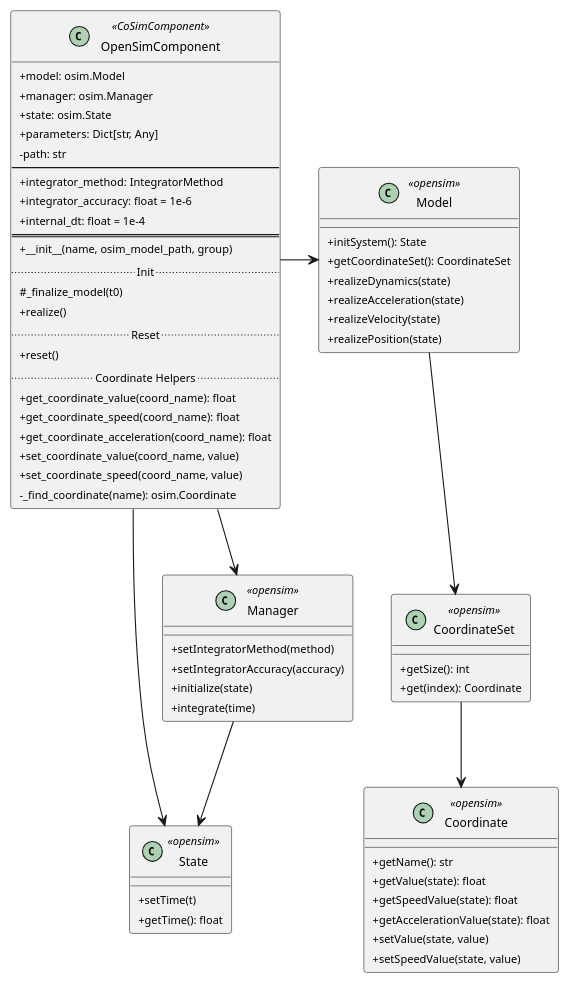
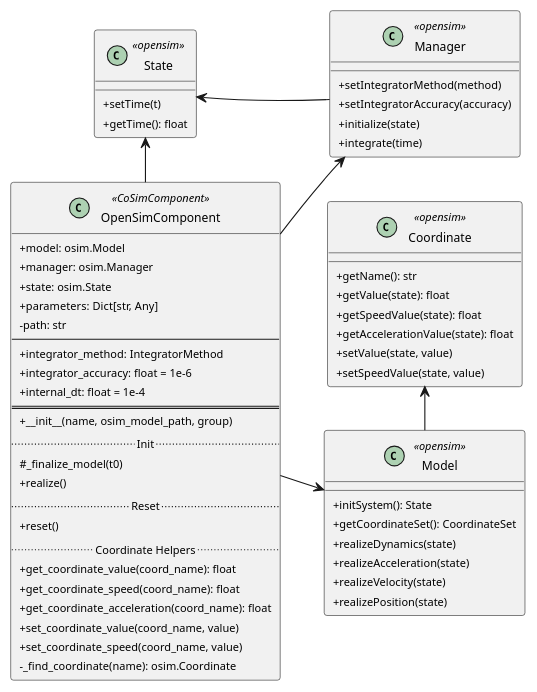
The diagram in docs/diagrams/src/class/components/opensim_comp.puml (FlorianFrech/SystemSimulation), drawn with PlantUML before and after one commit. The commit also changed 29 other files, not shown here.

Commit message:
Update Diagrams and Pendulum State Synchronization

```diff
--- a/docs/diagrams/src/class/components/opensim_comp.puml
+++ b/docs/diagrams/src/class/components/opensim_comp.puml
@@ -1,86 +1,94 @@
 @startuml OpenSimComponent
+
+' ============================================================================
+' STYLING
+' ============================================================================
 
 skinparam classAttributeIconSize 0
 skinparam padding 2
 skinparam defaultFontSize 10
 skinparam classFontSize 11
+skinparam nodesep 40
+skinparam ranksep 40
+
+' Color scheme - clean white background
+skinparam backgroundColor white
+
+' Remove yellow/red default colors
+skinparam shadowing false
+
+left to right direction
 
 ' ============================================================================
 ' OPENSIM COMPONENT CLASS
 ' ============================================================================
 
 class OpenSimComponent <<CoSimComponent>> {
     + model: osim.Model
     + manager: osim.Manager
     + state: osim.State
     + parameters: Dict[str, Any]
     - path: str
     --
     + integrator_method: IntegratorMethod
     + integrator_accuracy: float = 1e-6
     + internal_dt: float = 1e-4
     ==
     + __init__(name, osim_model_path, group)
     .. Init ..
     # _finalize_model(t0)
     + realize()
     .. Reset ..
     + reset()
     .. Coordinate Helpers ..
     + get_coordinate_value(coord_name): float
     + get_coordinate_speed(coord_name): float
     + get_coordinate_acceleration(coord_name): float
     + set_coordinate_value(coord_name, value)
     + set_coordinate_speed(coord_name, value)
     - _find_coordinate(name): osim.Coordinate
 }
 
 class Model <<opensim>> {
     + initSystem(): State
     + getCoordinateSet(): CoordinateSet
     + realizeDynamics(state)
     + realizeAcceleration(state)
     + realizeVelocity(state)
     + realizePosition(state)
 }
 
 class Manager <<opensim>> {
     + setIntegratorMethod(method)
     + setIntegratorAccuracy(accuracy)
     + initialize(state)
     + integrate(time)
 }
 
 class State <<opensim>> {
     + setTime(t)
     + getTime(): float
 }
 
 class Coordinate <<opensim>> {
     + getName(): str
     + getValue(state): float
     + getSpeedValue(state): float
     + getAccelerationValue(state): float
     + setValue(state, value)
     + setSpeedValue(state, value)
 }
 
-class CoordinateSet <<opensim>> {
-    + getSize(): int
-    + get(index): Coordinate
-}
-
 
 ' Layout: OpenSimComponent on left, OpenSim classes to the right
-OpenSimComponent -right-> Model
-OpenSimComponent -right-> Manager
-OpenSimComponent -right-> State
+OpenSimComponent -down-> Model
+OpenSimComponent -down-> Manager
+OpenSimComponent -left-> State
 
-Model -down-> CoordinateSet
-CoordinateSet -down-> Coordinate
-Manager -down-> State
+Model -left-> Coordinate
+Manager -left-> State
 
 ' Force vertical arrangement
-Model -[hidden]down- Manager
+Manager -[hidden]down- State
 
 @enduml
```
